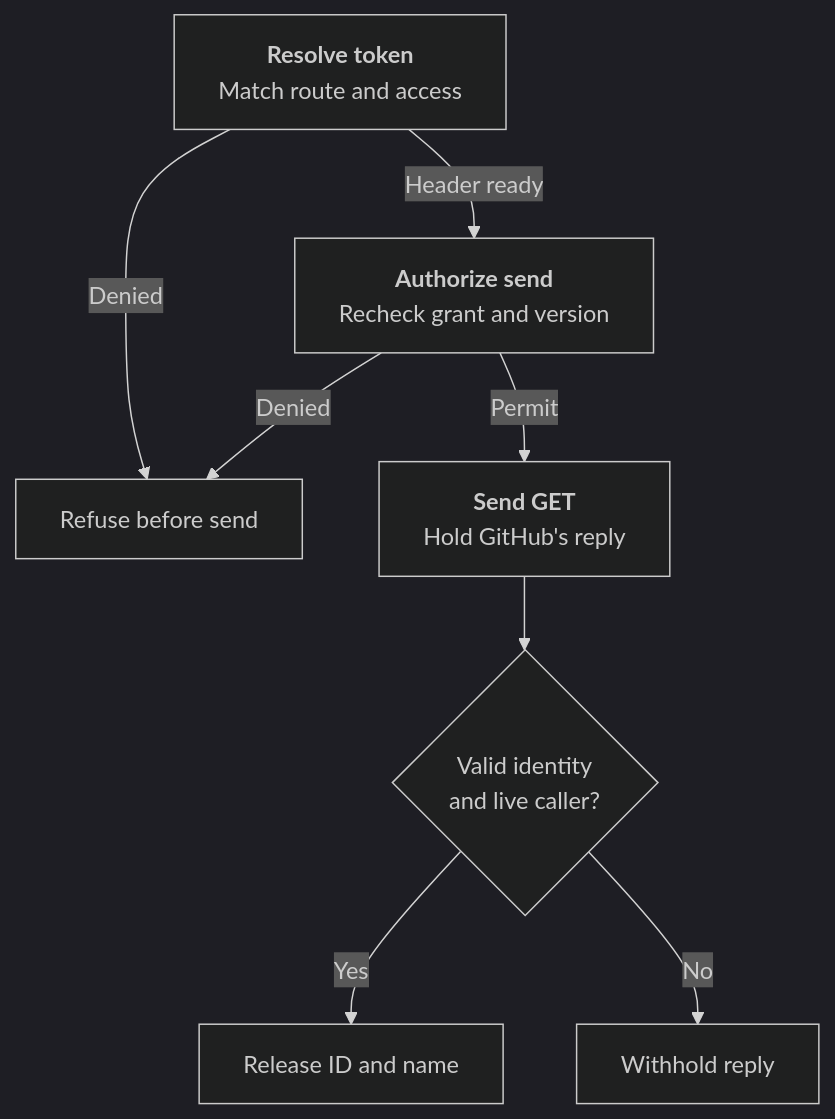
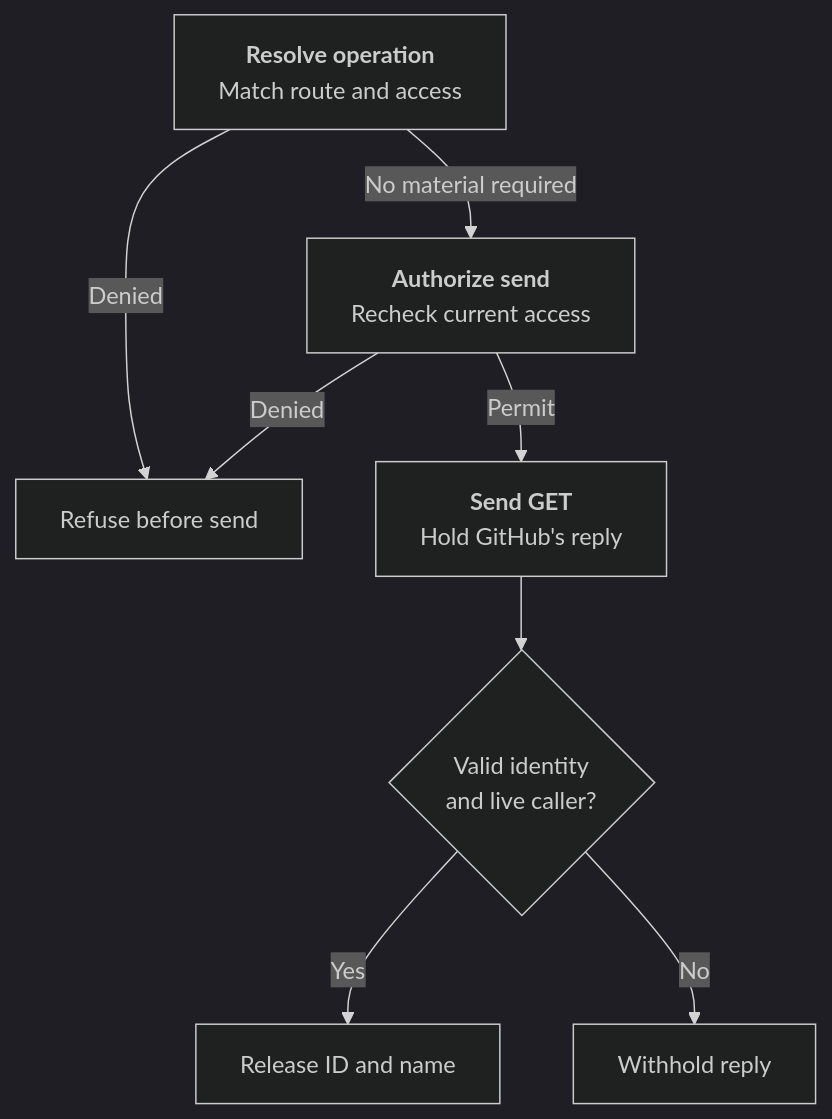
The diagram in docs/flows/credential-source-egress.md (openclaw/openclaw-enterprise), drawn with Mermaid (dark theme) before and after one commit. The commit also changed other lines of this file and 66 other files, not shown here.

````diff
--- a/docs/flows/credential-source-egress.md
+++ b/docs/flows/credential-source-egress.md
@@ -48,10 +46,10 @@
 ```mermaid
 graph TD
-  A["<b>Resolve token</b><br/>Match route and access"] -->|Denied| X["Refuse before send"]
-  A -->|Header ready| B["<b>Authorize send</b><br/>Recheck grant and version"]
+  A["<b>Resolve operation</b><br/>Match route and access"] -->|Denied| X["Refuse before send"]
+  A -->|No material required| B["<b>Authorize send</b><br/>Recheck current access"]
   B -->|Denied| X
   B -->|Permit| C["<b>Send GET</b><br/>Hold GitHub's reply"]
   C --> D{"Valid identity<br/>and live caller?"}
   D -->|Yes| G["Release ID and name"]
   D -->|No| H["Withhold reply"]
 ```
````
